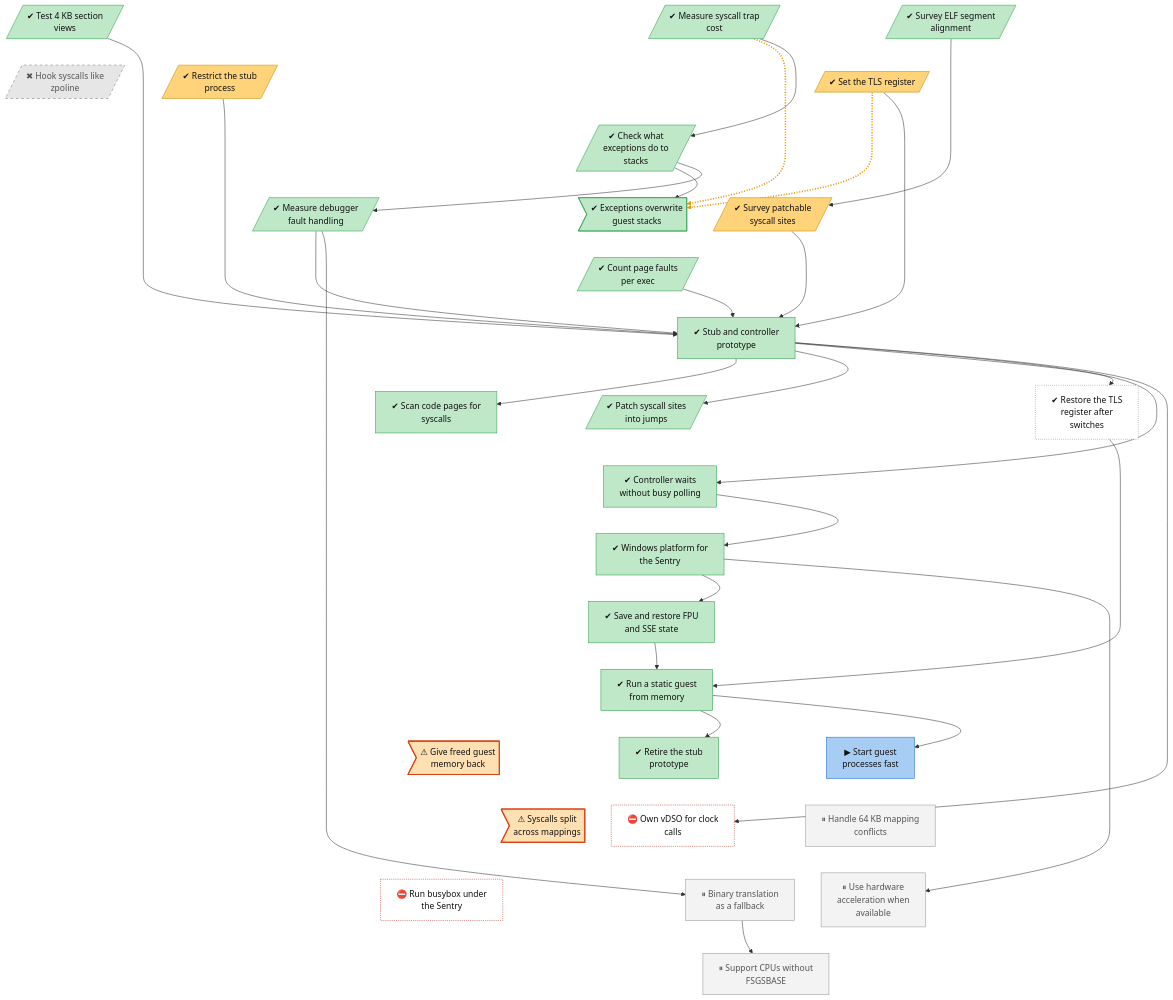
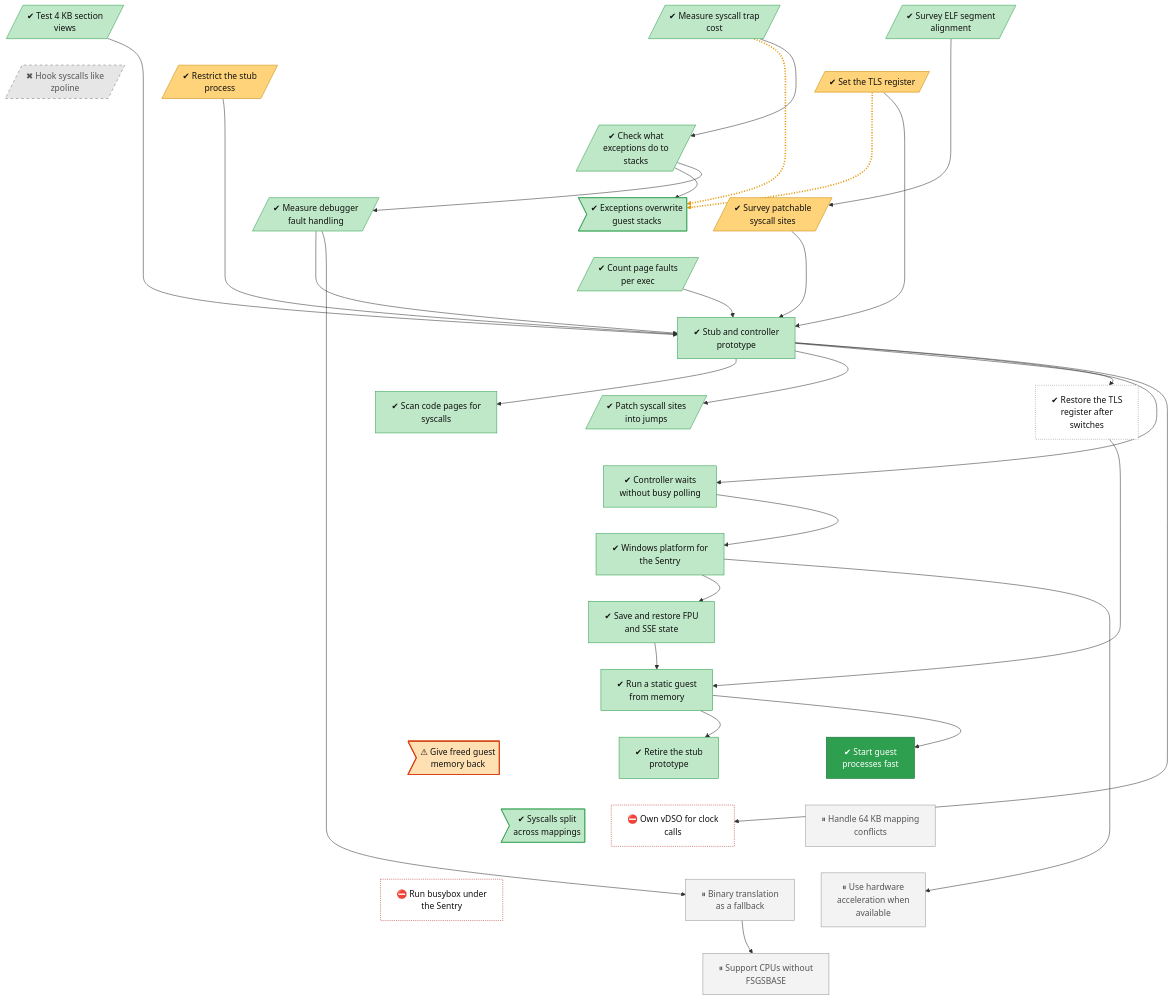
Before and after one commit to lhns/gvisor-windows: the diagram in docs/roadmap/tracks/platform.md, drawn with Mermaid. The commit also changed other lines of this file and 3 other files, not shown here.

Commit message:
Rate process-start performance and the split-syscall fix

````diff
--- a/docs/roadmap/tracks/platform.md
+++ b/docs/roadmap/tracks/platform.md
@@ -30,8 +30,8 @@
     platform_static_guest_from_memory["✔ Run a static guest<br/>from memory"]
     platform_retire_prototype["✔ Retire the stub<br/>prototype"]
     platform_memory_release>"⚠ Give freed guest<br/>memory back"]
-    platform_fast_process_start["▶ Start guest<br/>processes fast"]
-    platform_split_syscall_unpatched>"⚠ Syscalls split<br/>across mappings"]
+    platform_fast_process_start["✔ Start guest<br/>processes fast"]
+    platform_split_syscall_unpatched>"✔ Syscalls split<br/>across mappings"]
     platform_own_vdso["⛔ Own vDSO for clock<br/>calls"]
     platform_64k_mapping_conflicts["⏸ Handle 64 KB mapping<br/>conflicts"]
     platform_busybox_on_windows["⛔ Run busybox under<br/>the Sentry"]
@@ -113,12 +113,12 @@
     classDef decided fill:#ece0f7,stroke:#7b3fb5,stroke-dasharray:2 2,color:#111
     classDef finding fill:#ffe0b2,stroke:#d84315,stroke-width:2px,color:#111
     classDef waiting fill:#e3f2fd,stroke:#1f6fc5,stroke-dasharray:5 5,color:#111
-    class platform_elf_alignment_survey,platform_trap_cost,platform_4k_section_views,platform_exception_stack,platform_veh_on_guest_stack_unsafe,platform_debug_event_cost,platform_faults_per_exec,platform_stub_controller,platform_page_verification,platform_syscall_fast_path,platform_controller_wakeups,platform_winstub,platform_fp_state,platform_static_guest_from_memory,platform_retire_prototype succ
+    class platform_elf_alignment_survey,platform_trap_cost,platform_4k_section_views,platform_exception_stack,platform_veh_on_guest_stack_unsafe,platform_debug_event_cost,platform_faults_per_exec,platform_stub_controller,platform_page_verification,platform_syscall_fast_path,platform_controller_wakeups,platform_winstub,platform_fp_state,platform_static_guest_from_memory,platform_retire_prototype,platform_split_syscall_unpatched succ
     class platform_tls_register,platform_restricted_stub,platform_syscall_site_survey mixed
     class platform_zpoline_hooks dead
     class platform_fs_base_repair unrated
-    class platform_memory_release,platform_split_syscall_unpatched finding
-    class platform_fast_process_start inprog
+    class platform_memory_release finding
+    class platform_fast_process_start vsucc
     class platform_own_vdso,platform_busybox_on_windows blocked
     class platform_64k_mapping_conflicts,platform_hardware_acceleration,platform_binary_translation_fallback,platform_no_fsgsbase_fallback parked
 ```
````
